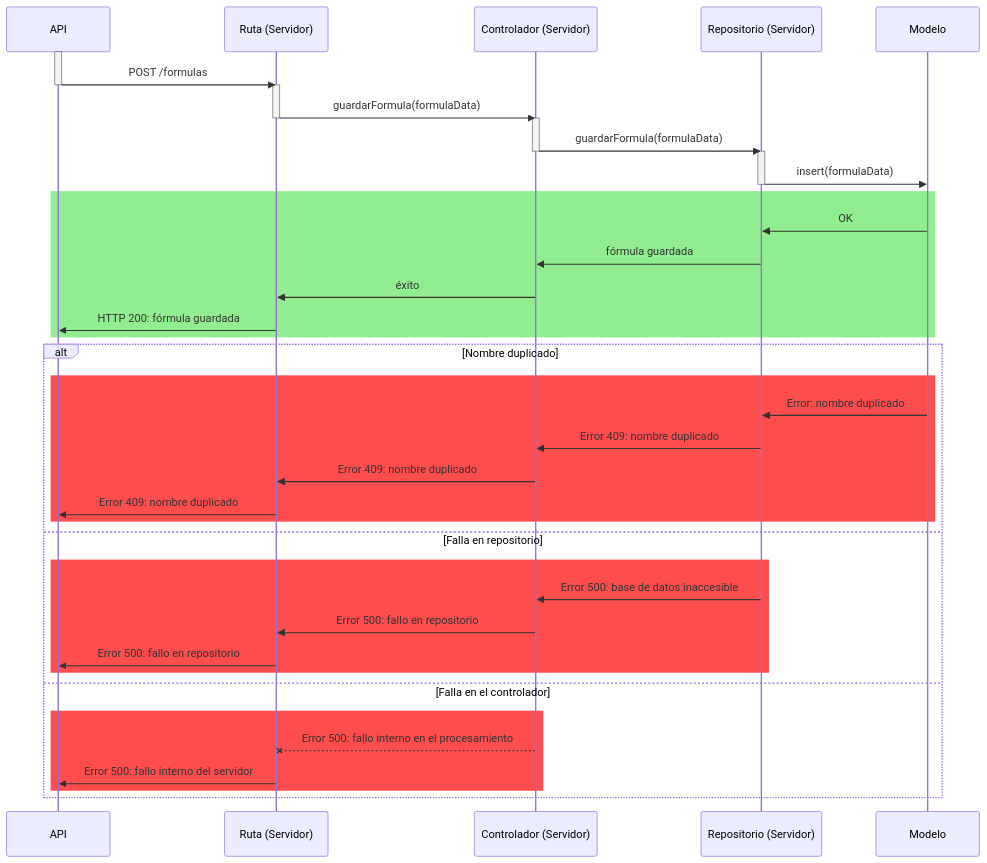
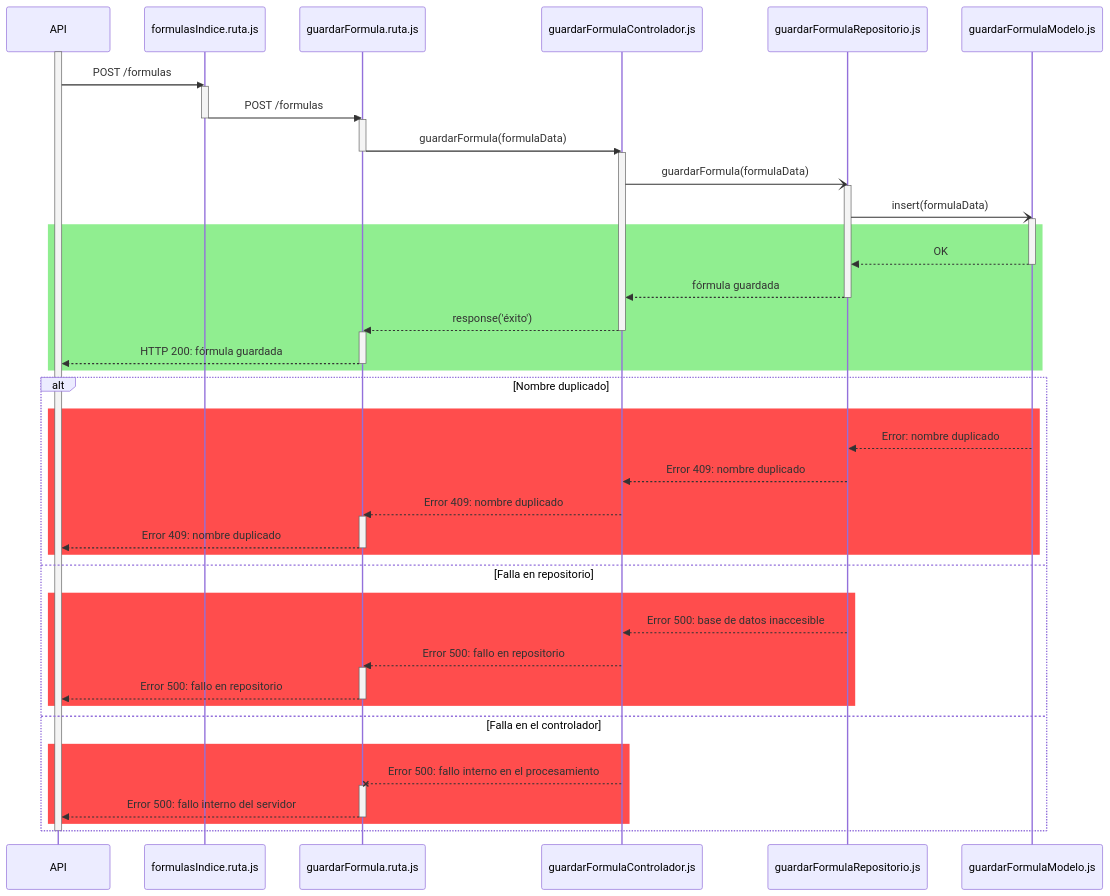
The second of 2 diagrams in documentation/docs/proyectos/tractores/documentacion/requisitos/RF22.md (CodeAnd-Co/Documentacion), drawn with Mermaid before and after one commit.

Commit message:
Corregir diagrama de secuencia Backend RF22

````diff
--- a/documentation/docs/proyectos/tractores/documentacion/requisitos/RF22.md
+++ b/documentation/docs/proyectos/tractores/documentacion/requisitos/RF22.md
@@ -125,52 +125,66 @@
 ```mermaid
 sequenceDiagram
     participant API
-    participant Ruta as Ruta (Servidor)
-    participant Controlador as Controlador (Servidor)
-    participant Repositorio as Repositorio (Servidor)
-    participant Modelo
+    participant RutaIndice as formulasIndice.ruta.js
+    participant Ruta as guardarFormula.ruta.js
+    participant Controlador as guardarFormulaControlador.js
+    participant Repositorio as guardarFormulaRepositorio.js
+    participant Modelo as guardarFormulaModelo.js
 
     activate API
-    API->>Ruta: POST /formulas
-    deactivate API
+    API->>RutaIndice: POST /formulas
+
+    activate RutaIndice
+    RutaIndice->>Ruta: POST /formulas
+    deactivate RutaIndice
 
     activate Ruta
     Ruta->>Controlador: guardarFormula(formulaData)
     deactivate Ruta
 
     activate Controlador
-    Controlador->>Repositorio: guardarFormula(formulaData)
-    deactivate Controlador
+    Controlador-)Repositorio: guardarFormula(formulaData)
 
     activate Repositorio
-    Repositorio->>Modelo: insert(formulaData)
-    deactivate Repositorio
-
+    Repositorio-)Modelo: insert(formulaData)
+    activate Modelo
     rect LightGreen
-        Modelo ->> Repositorio: OK
-        Repositorio ->> Controlador: fórmula guardada
-        Controlador ->> Ruta: éxito
-        Ruta ->> API: HTTP 200: fórmula guardada
+        Modelo -->> Repositorio: OK
+        deactivate Modelo
+        Repositorio -->> Controlador: fórmula guardada
+        deactivate Repositorio
+        Controlador -->> Ruta: response('éxito')
+        deactivate Controlador
+        activate Ruta
+        Ruta -->> API: HTTP 200: fórmula guardada
+        deactivate Ruta
     end
 
     %% === FLUJOS ALTERNOS ===
     alt Nombre duplicado
         rect rgb(255, 77, 77)
-            Modelo ->> Repositorio: Error: nombre duplicado
-            Repositorio ->> Controlador: Error 409: nombre duplicado
-            Controlador ->> Ruta: Error 409: nombre duplicado
-            Ruta ->> API: Error 409: nombre duplicado
+            Modelo -->> Repositorio: Error: nombre duplicado
+            Repositorio -->> Controlador: Error 409: nombre duplicado
+            Controlador -->> Ruta: Error 409: nombre duplicado
+            activate Ruta
+            Ruta -->> API: Error 409: nombre duplicado
+            deactivate Ruta
         end
     else Falla en repositorio
         rect rgb(255, 77, 77)
-            Repositorio ->> Controlador: Error 500: base de datos inaccesible
-            Controlador ->> Ruta: Error 500: fallo en repositorio
-            Ruta ->> API: Error 500: fallo en repositorio
+            Repositorio -->> Controlador: Error 500: base de datos inaccesible
+            Controlador -->> Ruta: Error 500: fallo en repositorio
+            activate Ruta
+            Ruta -->> API: Error 500: fallo en repositorio
+            deactivate Ruta
         end
     else Falla en el controlador
         rect rgb(255, 77, 77)
             Controlador --x Ruta: Error 500: fallo interno en el procesamiento
-            Ruta ->> API: Error 500: fallo interno del servidor
+            activate Ruta
+            Ruta -->> API: Error 500: fallo interno del servidor
+            deactivate Ruta
         end
     end
+    deactivate API
 ```
````
